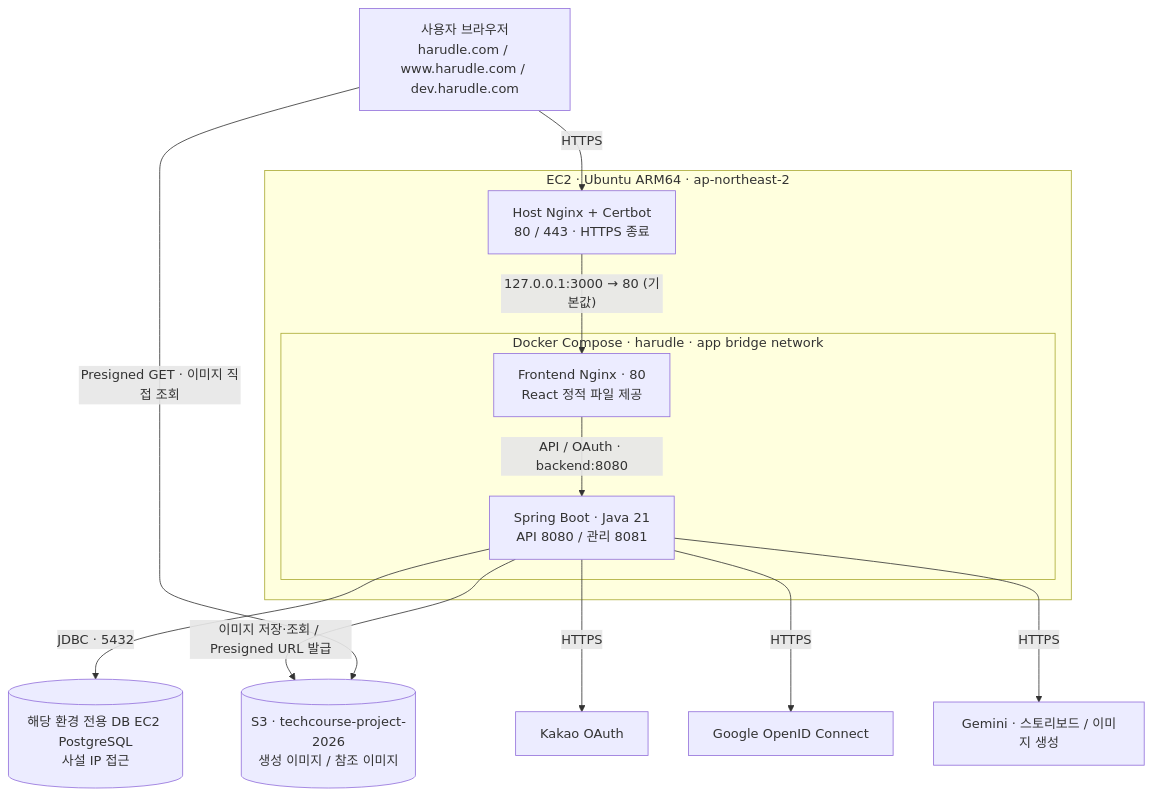
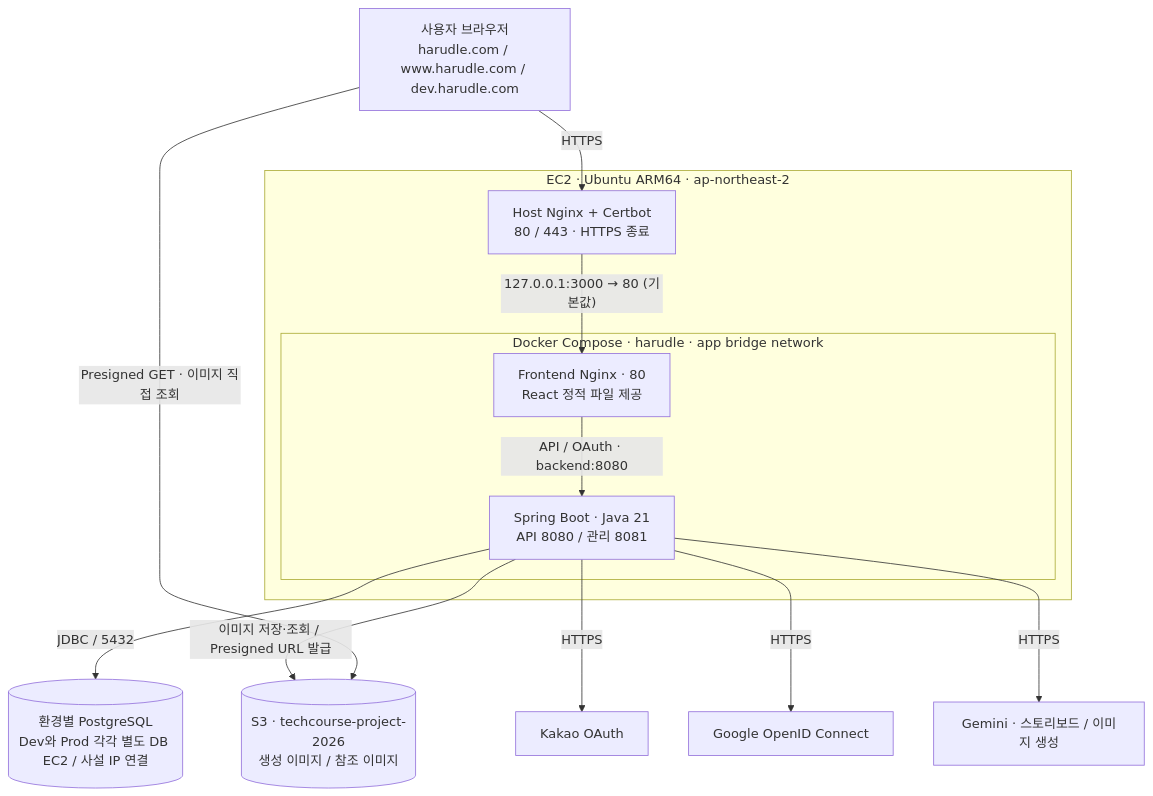
The first of 2 diagrams in AGENTS.md (woowacourse-teams/2026-Harudle), drawn with Mermaid before and after one commit. The commit also changed other lines of this file, not shown here.

Commit message:
docs: AGENTS.md를 develop-backend 내용으로 되돌림

````diff
--- a/AGENTS.md
+++ b/AGENTS.md
@@ -15,30 +15,30 @@
 ```mermaid
 flowchart TB
     browser["사용자 브라우저<br/>harudle.com / www.harudle.com / dev.harudle.com"]
 
     subgraph ec2["EC2 · Ubuntu ARM64 · ap-northeast-2"]
         host["Host Nginx + Certbot<br/>80 / 443 · HTTPS 종료"]
 
         subgraph docker["Docker Compose · harudle · app bridge network"]
             frontend["Frontend Nginx · 80<br/>React 정적 파일 제공"]
             backend["Spring Boot · Java 21<br/>API 8080 / 관리 8081"]
         end
 
         host -->|"127.0.0.1:3000 → 80 (기본값)"| frontend
         frontend -->|"API / OAuth · backend:8080"| backend
     end
 
-    db[("해당 환경 전용 DB EC2 PostgreSQL<br/>사설 IP 접근")]
+    db[("환경별 PostgreSQL<br/>Dev와 Prod 각각 별도 DB EC2 / 사설 IP 연결")]
     s3[("S3 · techcourse-project-2026<br/>생성 이미지 / 참조 이미지")]
     kakao["Kakao OAuth"]
     google["Google OpenID Connect"]
     gemini["Gemini · 스토리보드 / 이미지 생성"]
 
     browser -->|"HTTPS"| host
-    backend -->|"JDBC · 5432"| db
+    backend -->|"JDBC / 5432"| db
     backend -->|"이미지 저장·조회 / Presigned URL 발급"| s3
     browser -->|"Presigned GET · 이미지 직접 조회"| s3
     backend -->|"HTTPS"| kakao
     backend -->|"HTTPS"| google
     backend -->|"HTTPS"| gemini
 ```
````
